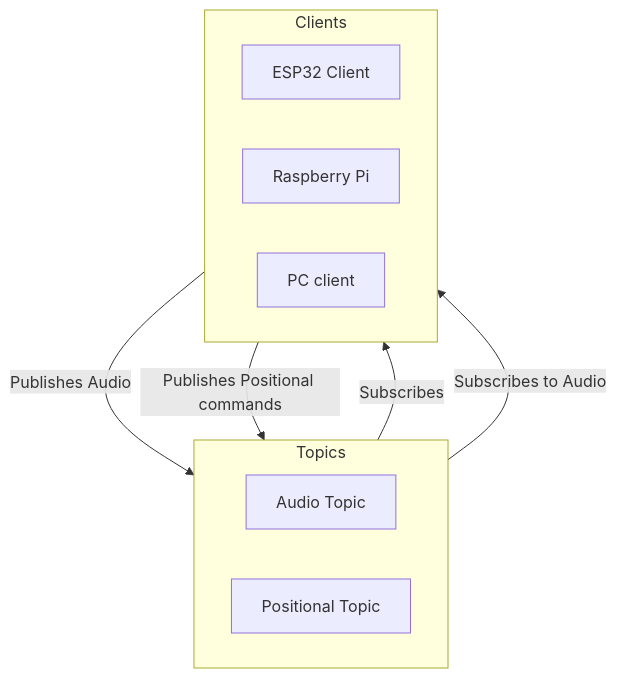
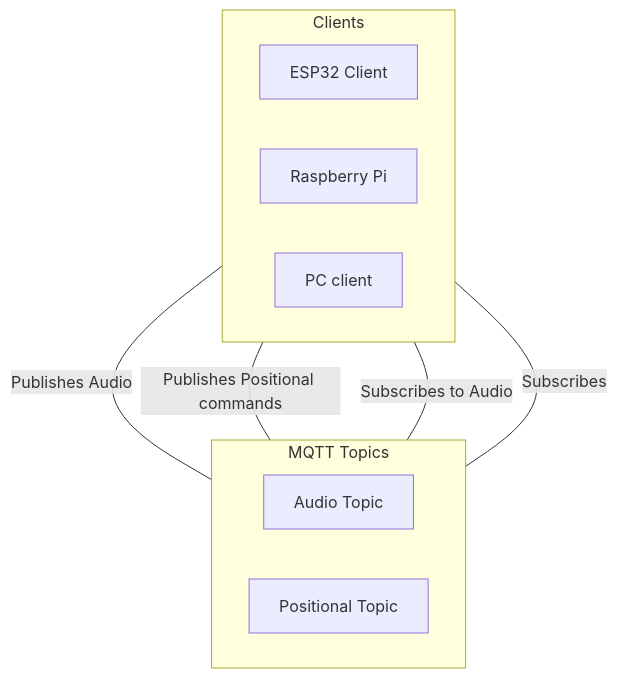
One commit to Lukas4314/3-Semester-project changed the diagram in mermaidCharts/pub-sub.mmd. Above: the diagram before and after it, drawn with Mermaid. The commit also changed 2 other files, not shown here.

Commit message:
pubsub graph

```diff
--- a/mermaidCharts/pub-sub.mmd
+++ b/mermaidCharts/pub-sub.mmd
@@ -1,18 +1,18 @@
 flowchart TD
-    subgraph Topics
+    subgraph MQTT Topics
         direction LR
         Audio[Audio Topic]
         Positional[Positional Topic]
 
     end
     subgraph Clients
         direction LR
         ESP32[ESP32 Client]
         RaspberryPi[Raspberry Pi Client]
         PC[PC Client]
     end
     
-    ESP32[ESP32 Client] -->|Publishes Audio| Audio
-    Positional -->|Subscribes | RaspberryPi[Raspberry Pi]
-    PC[PC client] -->|Publishes Positional commands| Positional
-    Audio -->|Subscribes to Audio| PC
+    ESP32[ESP32 Client] ---|Publishes Audio| Audio
+    PC[PC client] ---|Publishes Positional commands| Positional
+    PC ---|Subscribes to Audio| Audio
+    RaspberryPi[Raspberry Pi] ---|Subscribes | Positional
```
